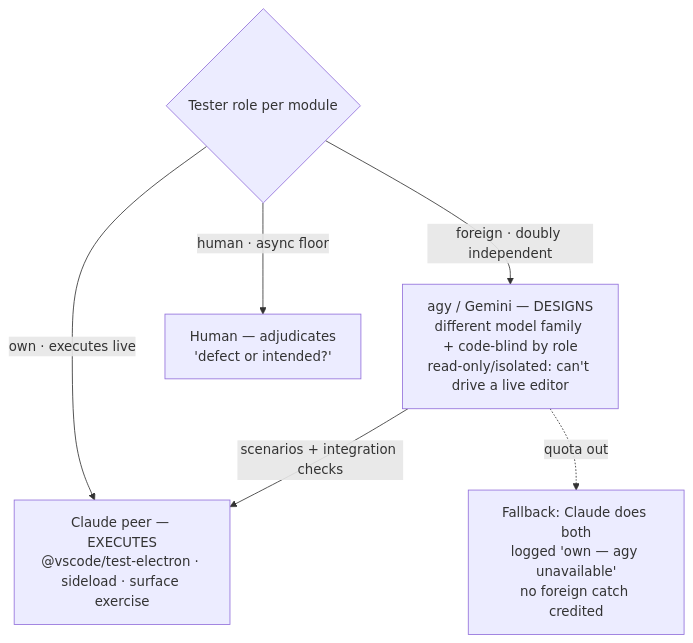
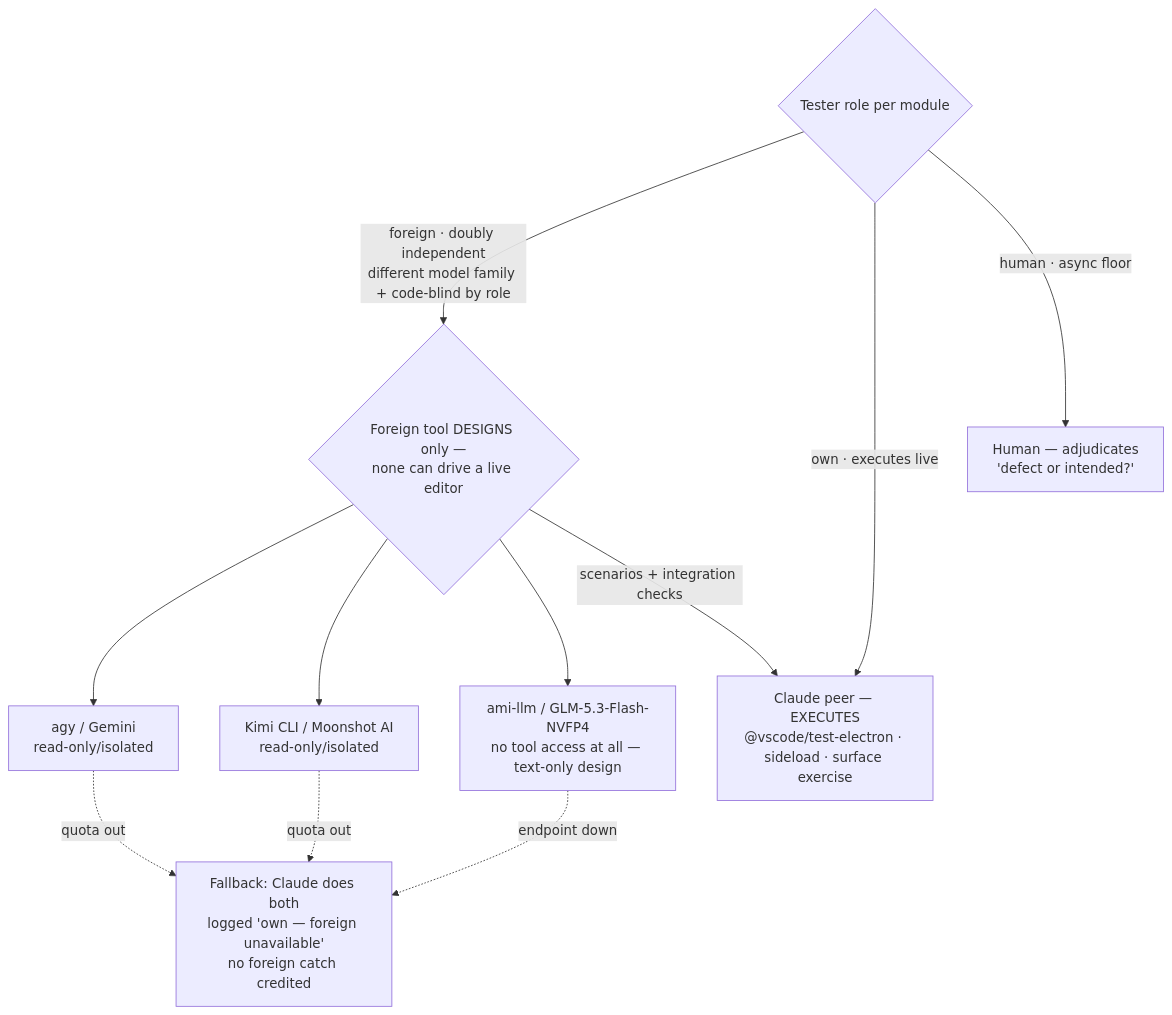
Before and after one commit to saifgithub/DeliveryOS: the fifth of 5 diagrams in docs/MHBP_PROCESS_DIAGRAM.md, drawn with Mermaid. The commit also changed other lines of this file and 3 other files, not shown here.

First line of the commit message:
feat(mhbp): add Kimi Code + local endpoints as foreign auditor tiers

````diff
--- a/docs/MHBP_PROCESS_DIAGRAM.md
+++ b/docs/MHBP_PROCESS_DIAGRAM.md
@@ -132,9 +137,14 @@
 ```mermaid
 flowchart TD
     ROLE{Tester role per module}
-    ROLE -->|foreign · doubly independent| AGY["agy / Gemini — DESIGNS<br/>different model family + code-blind by role<br/>read-only/isolated: can't drive a live editor"]
+    ROLE -->|foreign · doubly independent<br/>different model family + code-blind by role| FOR{"Foreign tool DESIGNS only —<br/>none can drive a live editor"}
+    FOR --> AGY["agy / Gemini<br/>read-only/isolated"]
+    FOR --> KIMI["Kimi CLI / Moonshot AI<br/>read-only/isolated"]
+    FOR --> LOCAL["ami-llm / GLM-5.3-Flash-NVFP4<br/>no tool access at all — text-only design"]
     ROLE -->|own · executes live| CL["Claude peer — EXECUTES<br/>@vscode/test-electron · sideload · surface exercise"]
     ROLE -->|human · async floor| HU["Human — adjudicates<br/>'defect or intended?'"]
-    AGY -->|scenarios + integration checks| CL
-    AGY -.quota out.-> FB["Fallback: Claude does both<br/>logged 'own — agy unavailable'<br/>no foreign catch credited"]
+    FOR -->|scenarios + integration checks| CL
+    AGY -.quota out.-> FB["Fallback: Claude does both<br/>logged 'own — foreign unavailable'<br/>no foreign catch credited"]
+    KIMI -.quota out.-> FB
+    LOCAL -.endpoint down.-> FB
 ```
````
